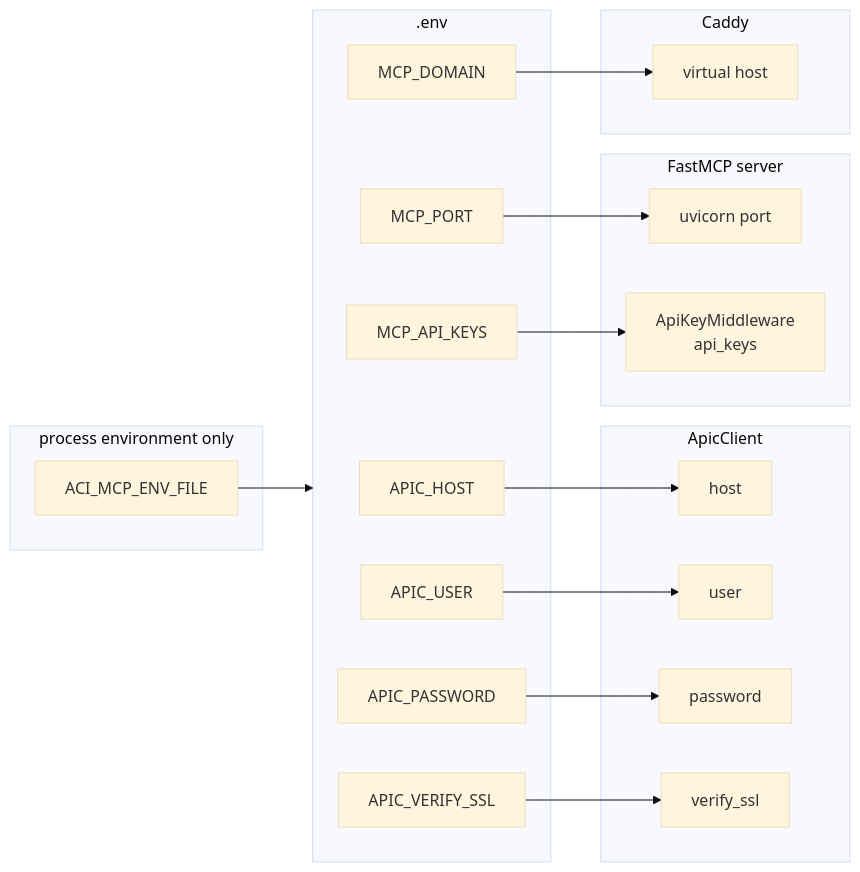
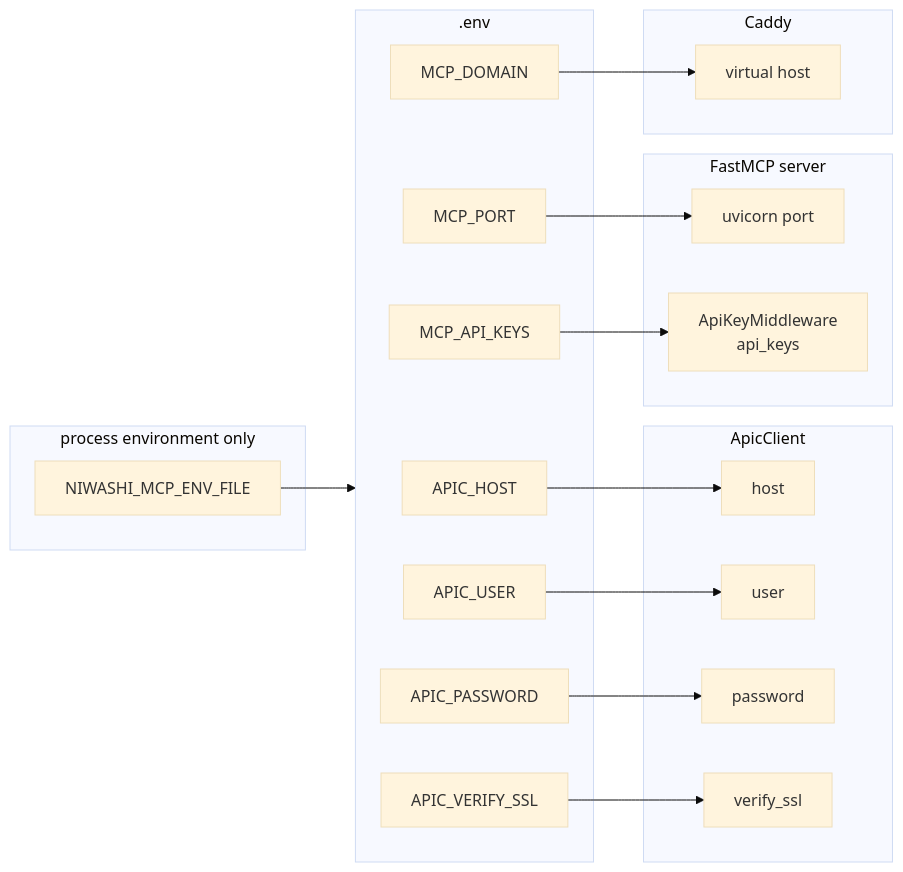
The diagram in docs/configuration/settings.md (k3l0-dev/aci-mcp), drawn with Mermaid (base theme) before and after one commit. The commit also changed other lines of this file and 18 other files, not shown here.

````diff
--- a/docs/configuration/settings.md
+++ b/docs/configuration/settings.md
@@ -16,41 +16,41 @@
 ```mermaid
 graph LR
     subgraph env[".env"]
         E1["APIC_HOST"]
         E2["APIC_USER"]
         E3["APIC_PASSWORD"]
         E4["APIC_VERIFY_SSL"]
         E5["MCP_PORT"]
         E6["MCP_API_KEYS"]
         E7["MCP_DOMAIN"]
     end
 
     subgraph shell["process environment only"]
-        X1["ACI_MCP_ENV_FILE"]
+        X1["NIWASHI_MCP_ENV_FILE"]
     end
 
     subgraph apic_client["ApicClient"]
         A1["host"]
         A2["user"]
         A3["password"]
         A4["verify_ssl"]
     end
 
     subgraph server["FastMCP server"]
         S1["uvicorn port"]
         S2["ApiKeyMiddleware<br/>api_keys"]
     end
 
     subgraph caddy["Caddy"]
         C1["virtual host"]
     end
 
     E1 --> A1
     E2 --> A2
     E3 --> A3
     E4 --> A4
     E5 --> S1
     E6 --> S2
     E7 --> C1
     X1 --> env
 ```
````
